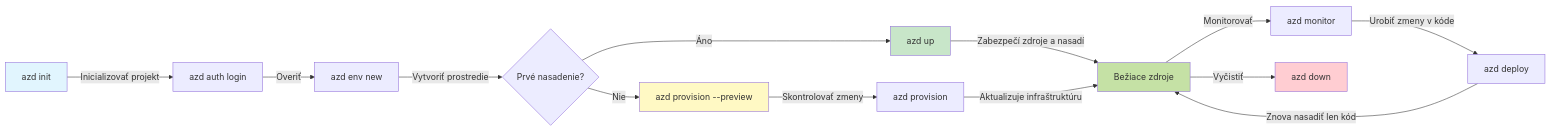
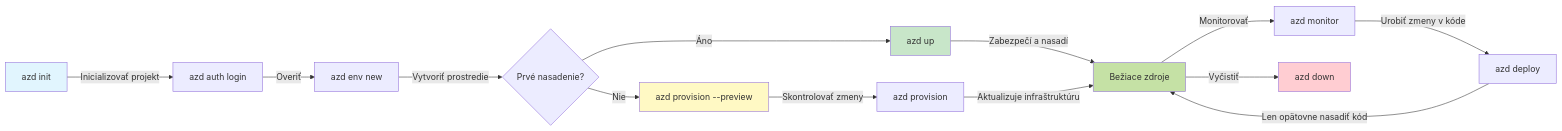
The first of 2 diagrams in translations/sk/docs/chapter-01-foundation/azd-basics.md (microsoft/AZD-for-beginners), drawn with Mermaid before and after one commit. The commit also changed other lines of this file and 101 other files, not shown here.

````diff
--- a/translations/sk/docs/chapter-01-foundation/azd-basics.md
+++ b/translations/sk/docs/chapter-01-foundation/azd-basics.md
@@ -269,21 +269,21 @@
 ```mermaid
 graph LR
     A[azd init] -->|Inicializovať projekt| B[azd auth login]
     B -->|Overiť| C[azd env new]
     C -->|Vytvoriť prostredie| D{Prvé nasadenie?}
     D -->|Áno| E[azd up]
     D -->|Nie| F[azd provision --preview]
     F -->|Skontrolovať zmeny| G[azd provision]
-    E -->|Zabezpečí zdroje a nasadí| H[Bežiace zdroje]
+    E -->|Zabezpečí a nasadí| H[Bežiace zdroje]
     G -->|Aktualizuje infraštruktúru| H
     H -->|Monitorovať| I[azd monitor]
     I -->|Urobiť zmeny v kóde| J[azd deploy]
-    J -->|Znova nasadiť len kód| H
+    J -->|Len opätovne nasadiť kód| H
     H -->|Vyčistiť| K[azd down]
     
     style A fill:#e1f5fe
     style E fill:#c8e6c9
     style F fill:#fff9c4
     style H fill:#c5e1a5
     style K fill:#ffcdd2
 ```
````
